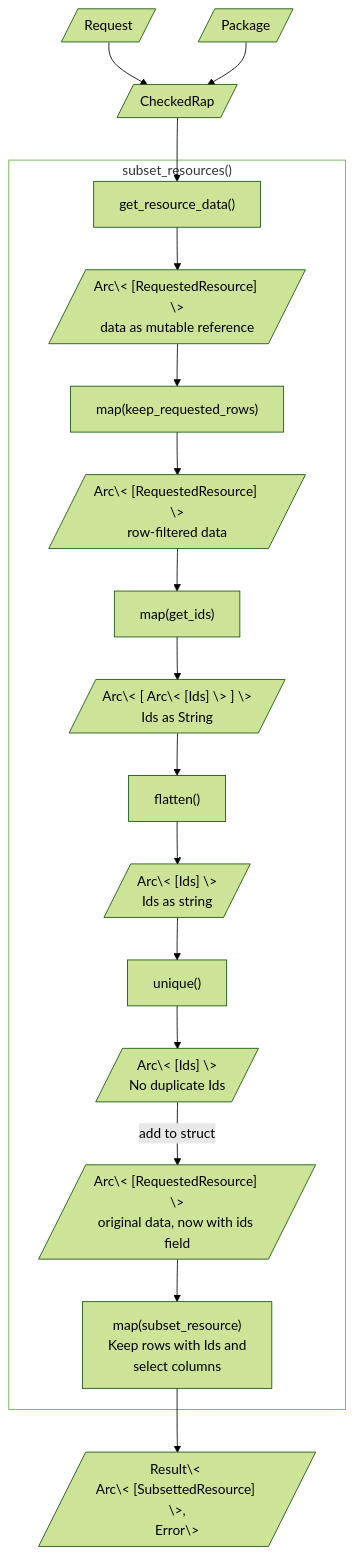
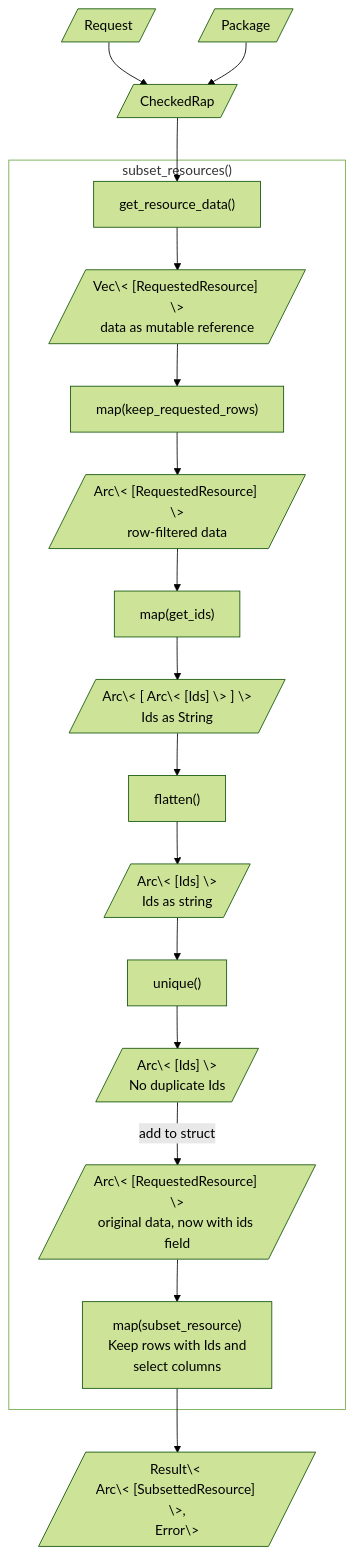
Before and after one commit to seedcase-project/seedcase-propagate: the second of 2 diagrams in docs/design/interface/rust.qmd, drawn with Mermaid (forest theme). The commit also changed 1 other file, not shown here.

Commit message:
docs: 🏗️ minor changes to subset resources

````diff
--- a/docs/design/interface/rust.qmd
+++ b/docs/design/interface/rust.qmd
@@ -138,49 +138,49 @@
 ```{mermaid}
 %%| label: fig-subset-flow
 %%| fig-cap: "The flow of input and output through the `subset_resources()` function."
 %%| fig-alt: >-
 %%|   Diagram showing the flow of input and output through the
 %%|   `subset_resources()` function. There are several steps involved, which are
 %%|   textually described in the list above the diagram.
 
 flowchart TD
     Request[/"Request"/]
     Package[/"Package"/]
     CheckedRap[/"CheckedRap"/]
     output[/"Result\< <br>Arc\< [SubsettedResource] \>,<br>Error\>"/]
 
     Request & Package --> CheckedRap
     CheckedRap --> get_resource_data
 
     subgraph subset_resources ["subset_resources()"]
       get_resource_data["get_resource_data()"]
-      RequestedResource1[/"Arc\< [RequestedResource] \><br>data as mutable reference"/]
+      RequestedResource1[/"Vec\< [RequestedResource] \><br>data as mutable reference"/]
       map_keep_requested_rows["map(keep_requested_rows)"]
       RequestedResource2[/"Arc\< [RequestedResource] \><br>row-filtered data"/]
       map_get_ids["map(get_ids)"]
       AAIds[/"Arc\< [ Arc\< [Ids] \> ] \><br>Ids as String"/]
       flatten["flatten()"]
       ArcIds[/"Arc\< [Ids] \><br>Ids as string"/]
       unique["unique()"]
       UniqueIds[/"Arc\< [Ids] \><br>No duplicate Ids"/]
       RequestedResource3[/"Arc\< [RequestedResource] \><br>original data, now with ids field"/]
       map_subset_resource["map(subset_resource)<br>Keep rows with Ids and<br>select columns"]
 
       get_resource_data -->
         RequestedResource1 -->
         map_keep_requested_rows -->
         RequestedResource2 -->
         map_get_ids -->
         AAIds -->
         flatten -->
         ArcIds -->
         unique -->
         UniqueIds -->|add to struct| RequestedResource3 -->
         map_subset_resource
     end
 
     map_subset_resource --> output
 
     subset_resources:::outer_function
     classDef outer_function fill:none
 ```
````
